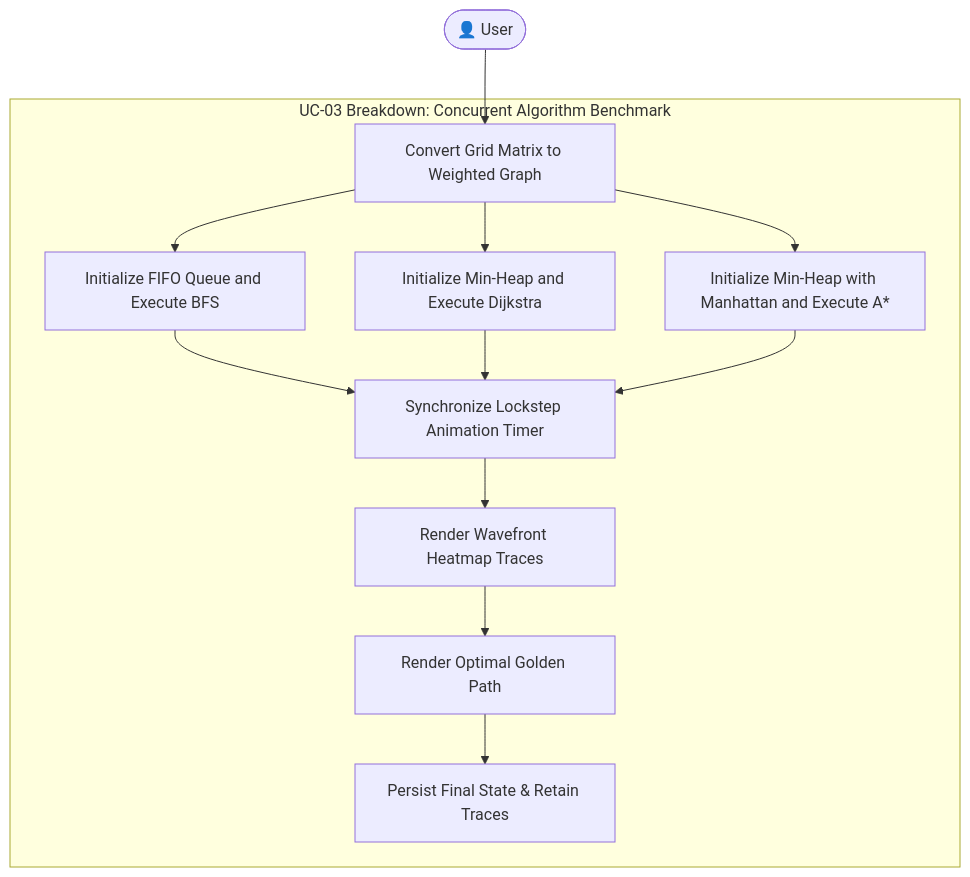
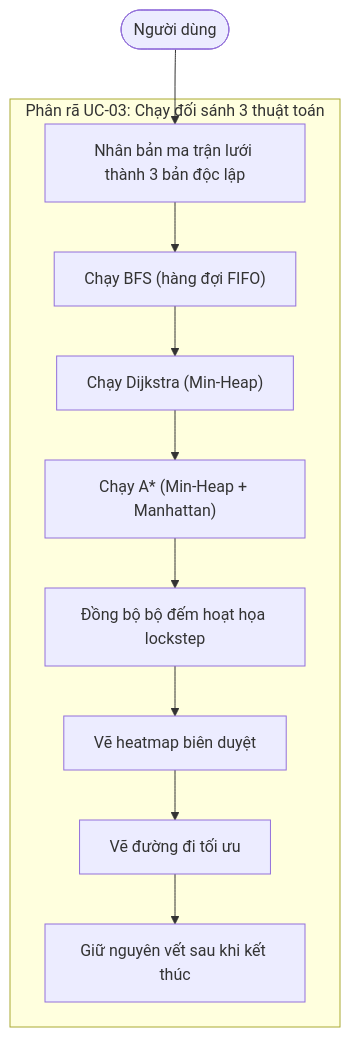
The second of 7 diagrams in docs/PathQuest_Technical_Analysis.md (minhduc01168/pathfinding-visualizer-3d), drawn with Mermaid before and after one commit. The commit also changed other lines of this file, not shown here.

First line of the commit message:
docs: review and fix PathQuest technical analysis report

````diff
--- a/docs/PathQuest_Technical_Analysis.md
+++ b/docs/PathQuest_Technical_Analysis.md
@@ -264,26 +223,24 @@
 ```mermaid
 flowchart TD
-    User(["👤 User"])
-    
-    subgraph UC3_Detail["UC-03 Breakdown: Concurrent Algorithm Benchmark"]
-        UC3_1["Convert Grid Matrix to Weighted Graph"]
-        UC3_2["Initialize FIFO Queue and Execute BFS"]
-        UC3_3["Initialize Min-Heap and Execute Dijkstra"]
-        UC3_4["Initialize Min-Heap with Manhattan and Execute A*"]
-        UC3_5["Synchronize Lockstep Animation Timer"]
-        UC3_6["Render Wavefront Heatmap Traces"]
-        UC3_7["Render Optimal Golden Path"]
-        UC3_8["Persist Final State & Retain Traces"]
+    User(["Người dùng"])
+
+    subgraph UC3_Detail["Phân rã UC-03: Chạy đối sánh 3 thuật toán"]
+        UC3_1["Nhân bản ma trận lưới thành 3 bản độc lập"]
+        UC3_2["Chạy BFS (hàng đợi FIFO)"]
+        UC3_3["Chạy Dijkstra (Min-Heap)"]
+        UC3_4["Chạy A* (Min-Heap + Manhattan)"]
+        UC3_5["Đồng bộ bộ đếm hoạt họa lockstep"]
+        UC3_6["Vẽ heatmap biên duyệt"]
+        UC3_7["Vẽ đường đi tối ưu"]
+        UC3_8["Giữ nguyên vết sau khi kết thúc"]
     end
 
     User --> UC3_1
     UC3_1 --> UC3_2
-    UC3_1 --> UC3_3
-    UC3_1 --> UC3_4
-    UC3_2 --> UC3_5
-    UC3_3 --> UC3_5
+    UC3_2 --> UC3_3
+    UC3_3 --> UC3_4
     UC3_4 --> UC3_5
     UC3_5 --> UC3_6
     UC3_6 --> UC3_7
     UC3_7 --> UC3_8
 ```
````
